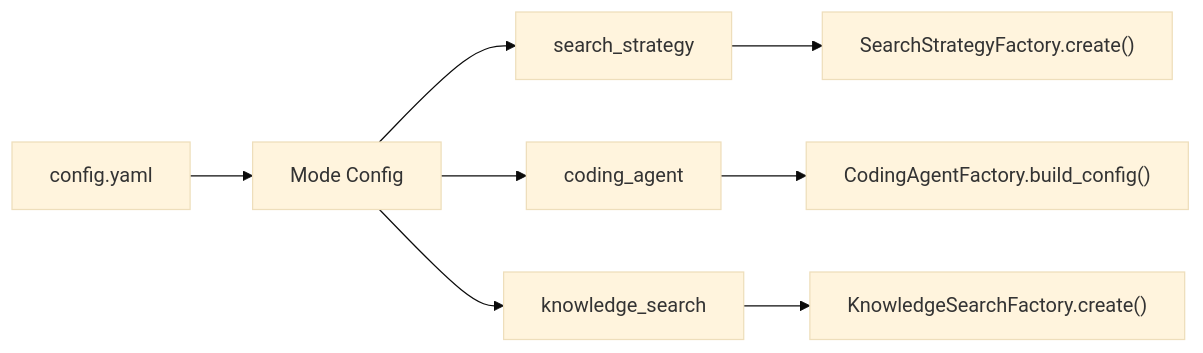
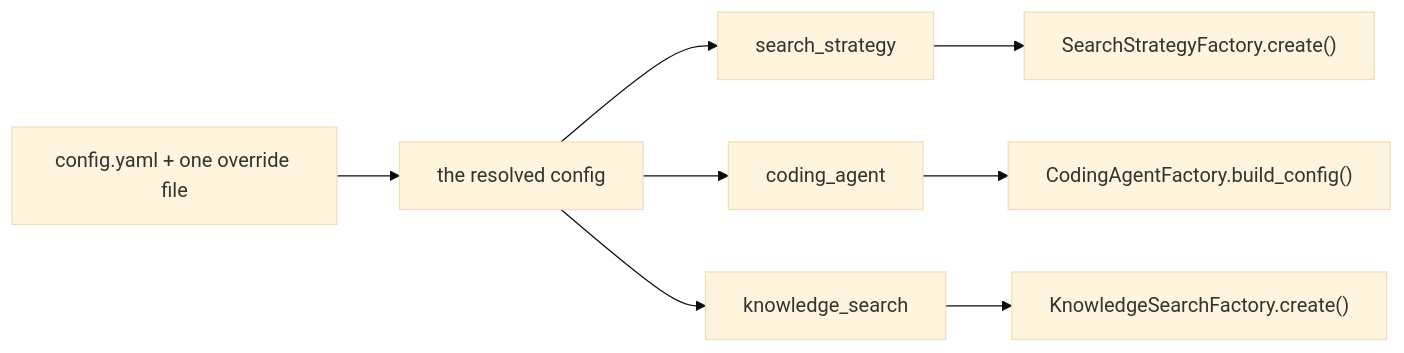
One commit to Abhishek-B-R/kapso changed the second of 2 diagrams in docs/evolve/architecture.mdx. Above: the diagram before and after it, drawn with Mermaid (base theme). The commit also changed other lines of this file and 10 other files, not shown here.

````diff
--- a/docs/evolve/architecture.mdx
+++ b/docs/evolve/architecture.mdx
@@ -98,11 +98,11 @@
 ```mermaid
 flowchart LR
-    YAML["config.yaml"] --> MODE["Mode Config"]
+    YAML["config.yaml + one override file"] --> MODE["the resolved config"]
     MODE --> SS["search_strategy"]
     MODE --> CA["coding_agent"]
     MODE --> KS["knowledge_search"]
 
     SS --> SSF["SearchStrategyFactory.create()"]
     CA --> CAF["CodingAgentFactory.build_config()"]
     KS --> KSF["KnowledgeSearchFactory.create()"]
 ```
````
